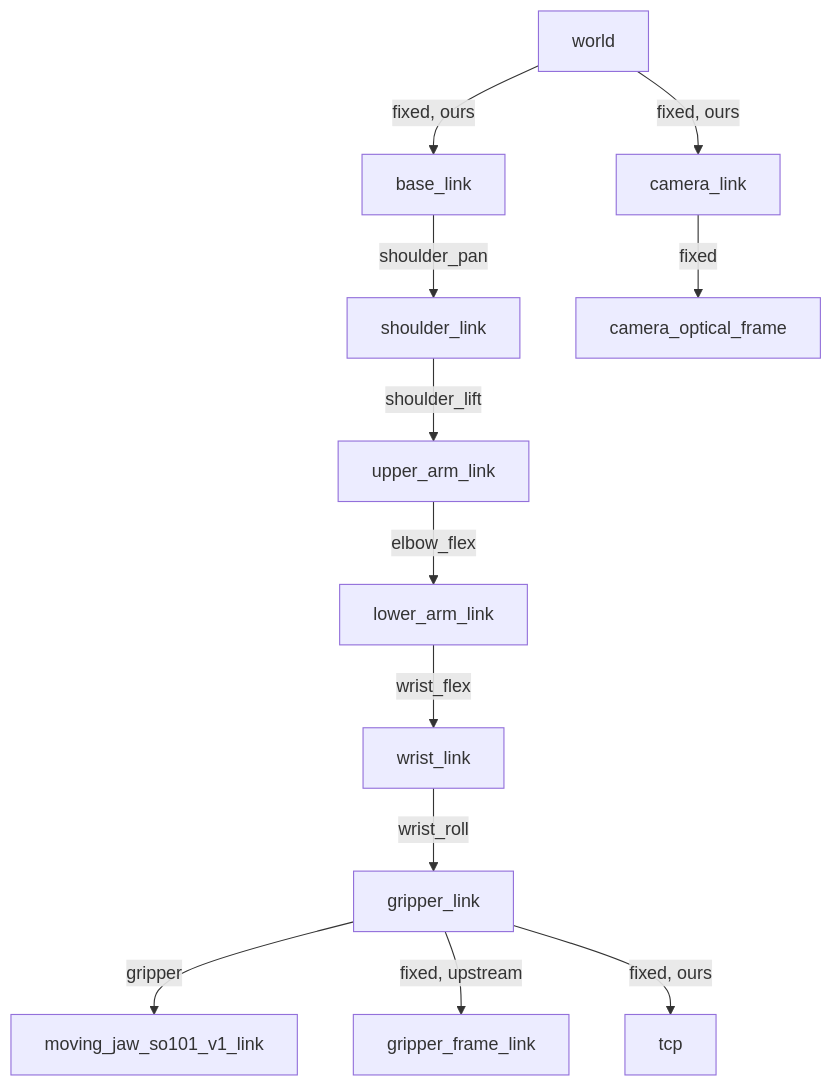
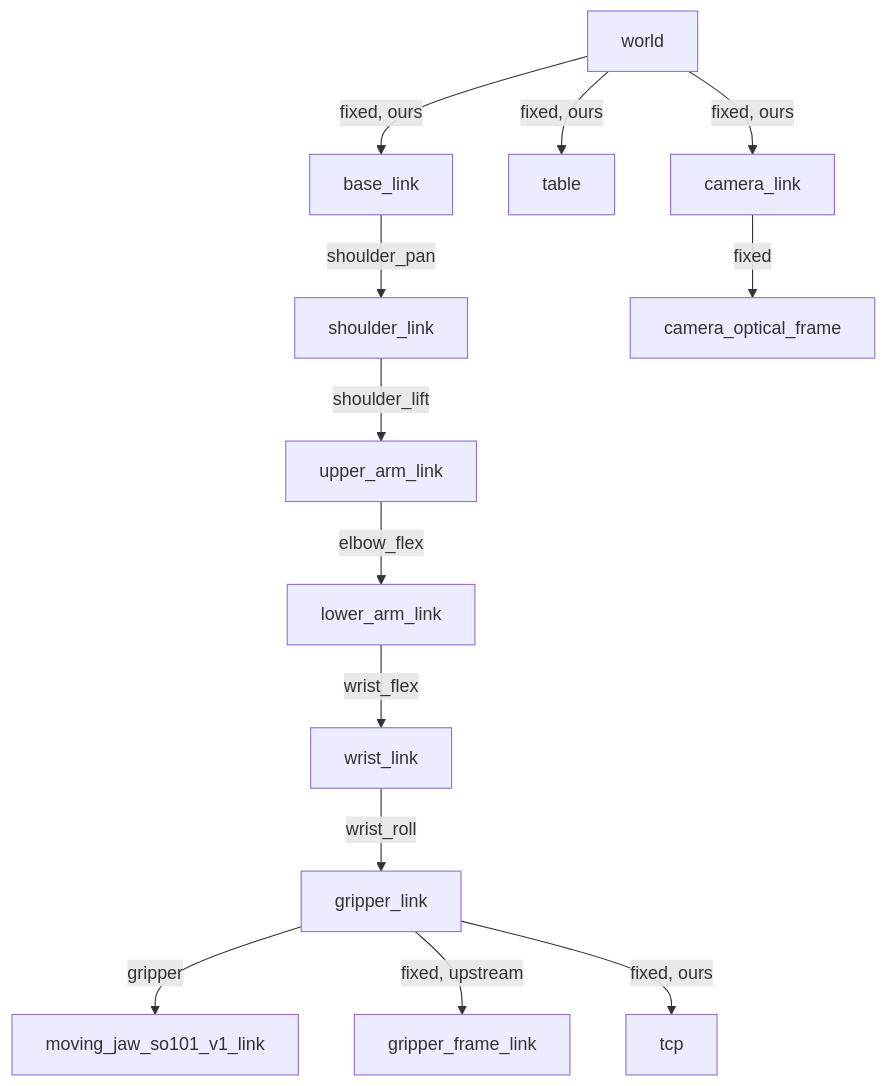
The second of 2 diagrams in docs/architecture.md (PiotrKonopkaRobotyka/so101_mtc), drawn with Mermaid before and after one commit. The commit also changed other lines of this file and 10 other files, not shown here.

````diff
--- a/docs/architecture.md
+++ b/docs/architecture.md
@@ -92,14 +93,15 @@
 ```mermaid
 flowchart TD
   world -->|"fixed, ours"| base_link
   base_link -->|"shoulder_pan"| shoulder_link
   shoulder_link -->|"shoulder_lift"| upper_arm_link
   upper_arm_link -->|"elbow_flex"| lower_arm_link
   lower_arm_link -->|"wrist_flex"| wrist_link
   wrist_link -->|"wrist_roll"| gripper_link
   gripper_link -->|"gripper"| moving_jaw_so101_v1_link
   gripper_link -->|"fixed, upstream"| gripper_frame_link
   gripper_link -->|"fixed, ours"| tcp
+  world -->|"fixed, ours"| table
   world -->|"fixed, ours"| camera_link
   camera_link -->|"fixed"| camera_optical_frame
 ```
````
